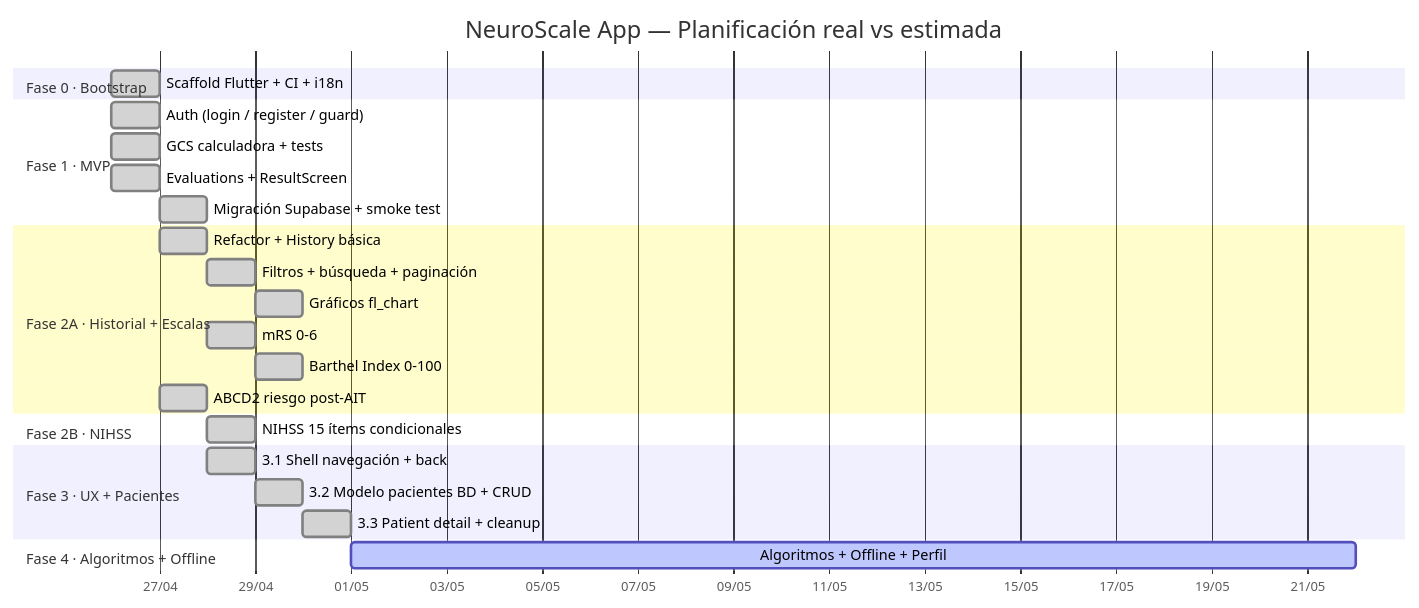
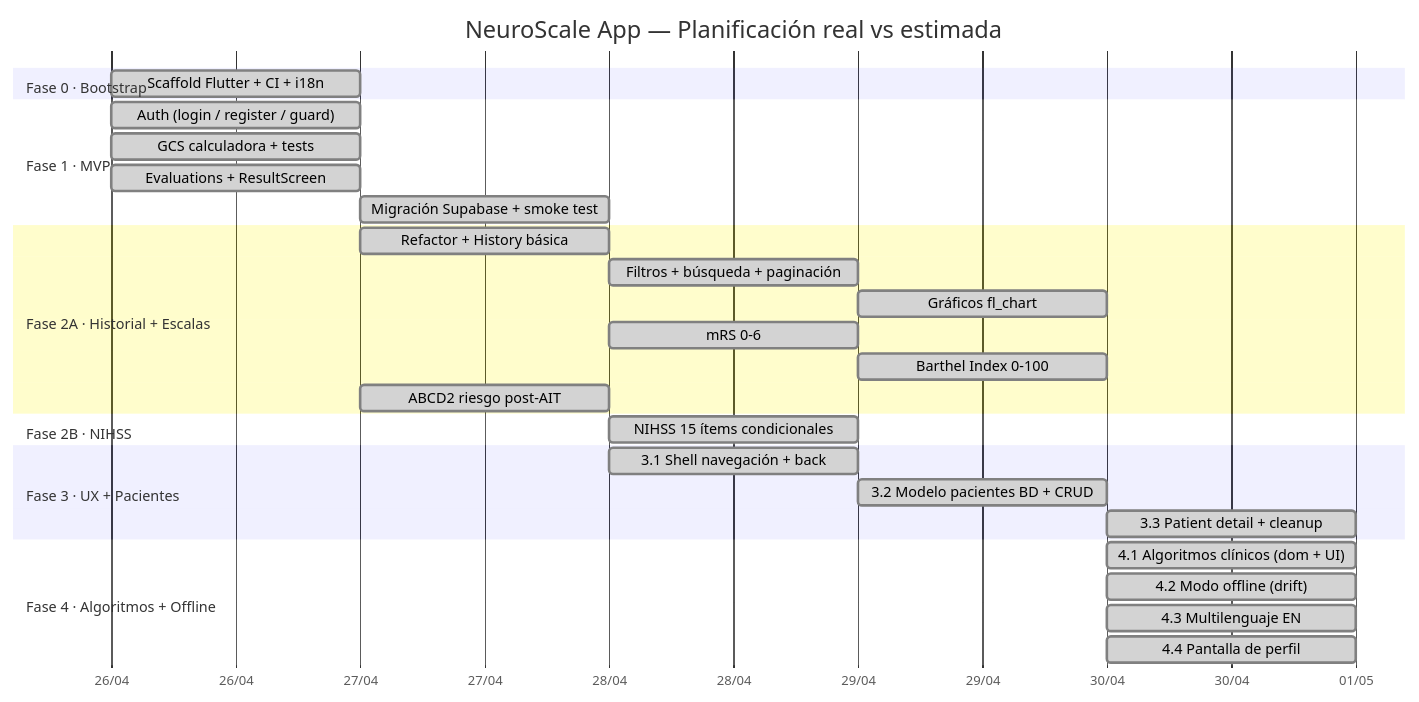
Before and after one commit to grisllo/NeuroScaleApp: the diagram in README.md, drawn with Mermaid. The commit also changed 2 other files, not shown here.

Commit message:
chore(phase): cierre Fase 4 — docs y métricas (proyecto completo)
- flutter analyze 0 issues, flutter test 165 tests pasando
- ROADMAP: Fase 4 → Completada 2026-04-30; todas las subfases marcadas
- README Gantt: barras Fase 4 → :done
- METODOLOGIA: 4.2/4.3/4.4 añadidos; total proyecto 45,5h/50,5h (−9,9%)
- Issue #13 cerrado

Closes #13

````diff
--- a/README.md
+++ b/README.md
@@ -13,34 +13,37 @@
 ```mermaid
 gantt
     title NeuroScale App — Planificación real vs estimada
     dateFormat  YYYY-MM-DD
     axisFormat  %d/%m
 
     section Fase 0 · Bootstrap
     Scaffold Flutter + CI + i18n       :done, f0,  2026-04-26, 1d
 
     section Fase 1 · MVP
     Auth (login / register / guard)    :done, f1a, 2026-04-26, 1d
     GCS calculadora + tests            :done, f1b, 2026-04-26, 1d
     Evaluations + ResultScreen         :done, f1c, 2026-04-26, 1d
     Migración Supabase + smoke test    :done, f1d, 2026-04-27, 1d
 
     section Fase 2A · Historial + Escalas
     Refactor + History básica          :done, f2a1, 2026-04-27, 1d
     Filtros + búsqueda + paginación    :done, f2a2, after f2a1, 1d
     Gráficos fl_chart                  :done, f2a3, after f2a2, 1d
     mRS 0-6                            :done, f2a4, after f2a1, 1d
     Barthel Index 0-100                :done, f2a5, after f2a4, 1d
     ABCD2 riesgo post-AIT              :done, f2a6, 2026-04-27, 1d
 
     section Fase 2B · NIHSS
     NIHSS 15 ítems condicionales       :done, f2b, 2026-04-28, 1d
 
     section Fase 3 · UX + Pacientes
     3.1 Shell navegación + back         :done, f3a, 2026-04-28, 1d
     3.2 Modelo pacientes BD + CRUD      :done, f3b, 2026-04-29, 1d
     3.3 Patient detail + cleanup        :done, f3c, 2026-04-30, 1d
 
     section Fase 4 · Algoritmos + Offline
-    Algoritmos + Offline + Perfil      :active, f4, 2026-05-01, 21d
+    4.1 Algoritmos clínicos (dom + UI)  :done, f4a, 2026-04-30, 1d
+    4.2 Modo offline (drift)            :done, f4b, 2026-04-30, 1d
+    4.3 Multilenguaje EN                :done, f4c, 2026-04-30, 1d
+    4.4 Pantalla de perfil              :done, f4d, 2026-04-30, 1d
 ```
````
